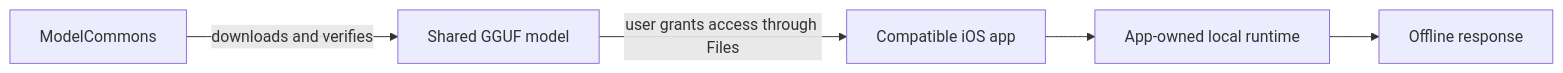
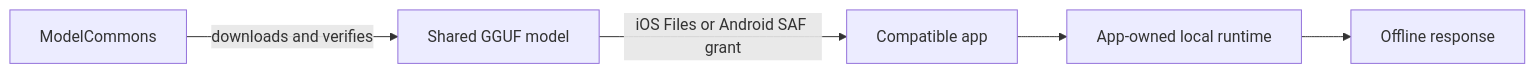
Before and after one commit to uvasolutions-sp-z-oo/ModelCommons: the diagram in README.md, drawn with Mermaid. The commit also changed other lines of this file and 51 other files, not shown here.

````diff
--- a/README.md
+++ b/README.md
@@ -36,7 +36,7 @@
 ```mermaid
 flowchart LR
     Hub[ModelCommons] -->|downloads and verifies| Store[Shared GGUF model]
-    Store -->|user grants access through Files| Client[Compatible iOS app]
+    Store -->|iOS Files or Android SAF grant| Client[Compatible app]
     Client --> Runtime[App-owned local runtime]
     Runtime --> Response[Offline response]
 ```
````
